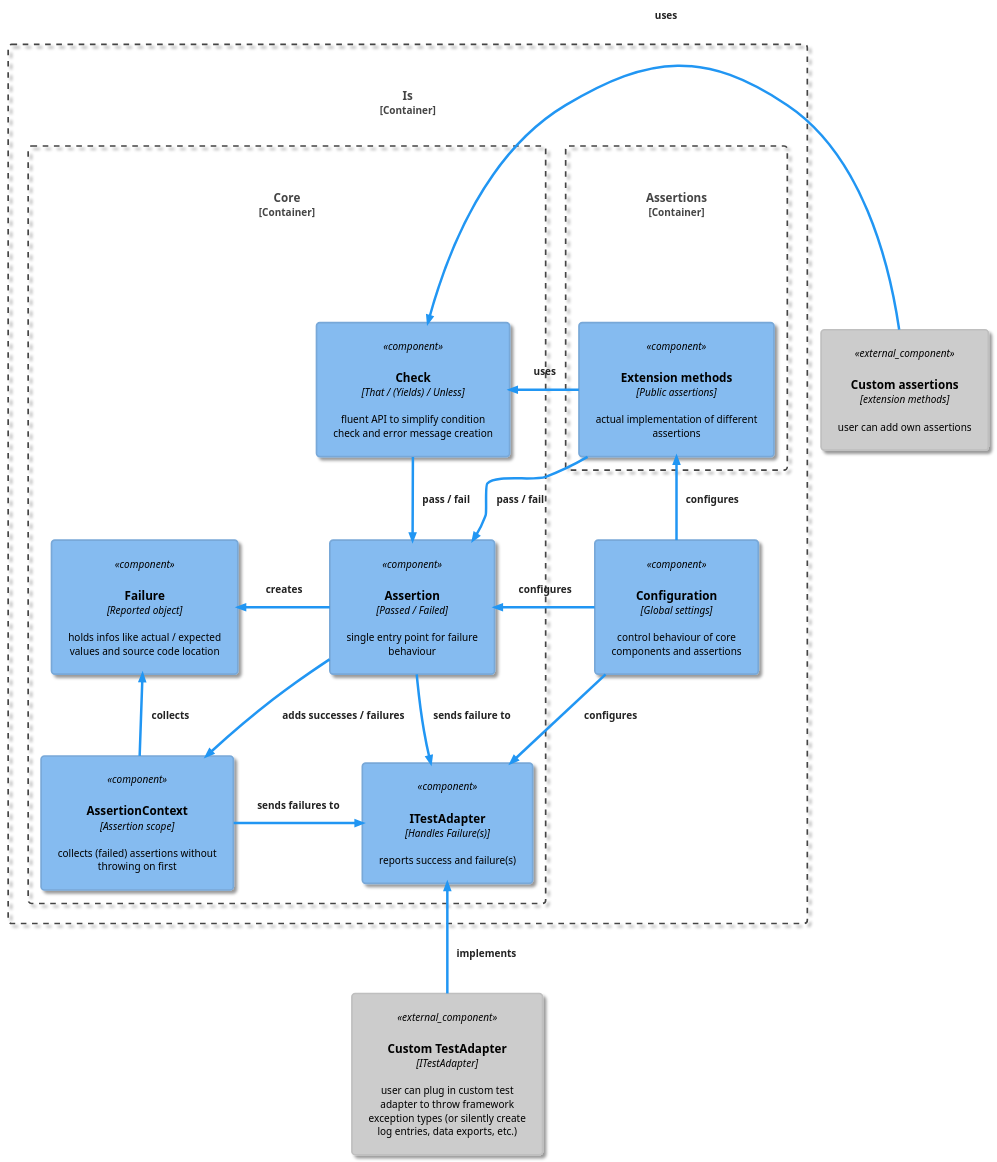
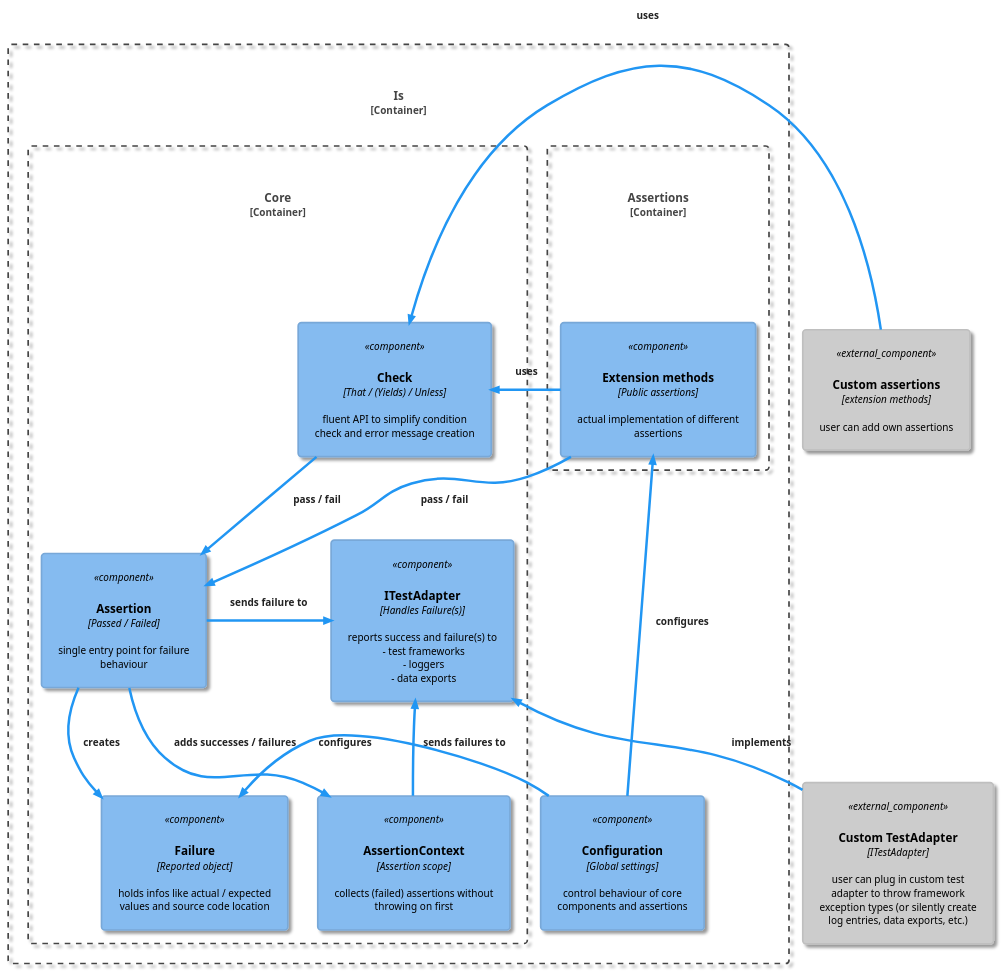
The diagram in Docs/Architecture.plantuml (chrismo80/Is), drawn with PlantUML before and after one commit. The commit also changed 3 other files, not shown here.

```diff
--- a/Docs/Architecture.plantuml
+++ b/Docs/Architecture.plantuml
@@ -1,45 +1,46 @@
 @startuml "Architecture"
 
 !include <C4/C4_Component>
 
 !theme materia
 
 Component_Ext(ca, "Custom assertions", "extension methods", "user can add own assertions")
 Component_Ext(cta, "Custom TestAdapter", "ITestAdapter", "user can plug in custom test adapter to throw framework exception types (or silently create log entries, data exports, etc.)")
 
 Container_Boundary(Is, "Is") {
-    Component(conf, "Configuration", "Global settings", "control behaviour of core components and assertions")
 
     Container_Boundary(Assertions, "Assertions") {
         Component(ext, "Extension methods", "Public assertions", "actual implementation of different assertions")
         }
 
     Container_Boundary(Core, "Core") {
+        Component(check, "Check", "That / (Yields) / Unless", "fluent API to simplify condition check and error message creation")
         Component(ass, "Assertion", "Passed / Failed", "single entry point for failure behaviour")
-        Component(check, "Check", "That / (Yields) / Unless", "fluent API to simplify condition check and error message creation")
+        Component(fail, "Failure", "Reported object", "holds infos like actual / expected values and source code location")
         Component(ctx, "AssertionContext", "Assertion scope", "collects (failed) assertions without throwing on first")
-        Component(ita, "ITestAdapter", "Handles Failure(s)", "reports success and failure(s)")
-        Component(fail, "Failure", "Reported object", "holds infos like actual / expected values and source code location")
+        Component(ita, "ITestAdapter", "Handles Failure(s)", "reports success and failure(s) to \n - test frameworks \n - loggers \n - data exports")
         }
-    }
+
+    Component(conf, "Configuration", "Global settings", "control behaviour of core components and assertions")
 }
 
-Rel(ass, ita, "sends failure to")
-Rel_R(ass, fail, "creates")
-Rel_U(ctx, fail, "collects")
-Rel_U(cta, ita, "implements")
 
-Rel_U(ext, check, "uses")
+Rel_L(ass, ita, "sends failure to")
+Rel(ass, fail, "creates")
+
+Rel_R(ext, check, "uses")
 Rel(ext, ass, "pass / fail")
-Rel_L(ca, check, "uses")
 
-Rel_L(ctx, ita, "sends failures to")
+Rel(ctx, ita, "sends failures to")
 
 Rel(check, ass, "pass / fail")
 Rel(ass, ctx, "adds successes / failures")
 
 Rel_U(conf, ext, "configures")
-Rel_R(conf, ass, "configures")
-Rel(conf, ita, "configures")
+Rel_R(conf, fail, "configures")
+
+Rel_L(ca, check, "uses")
+Rel_U(cta, ita, "implements")
+
 
 @enduml
```
